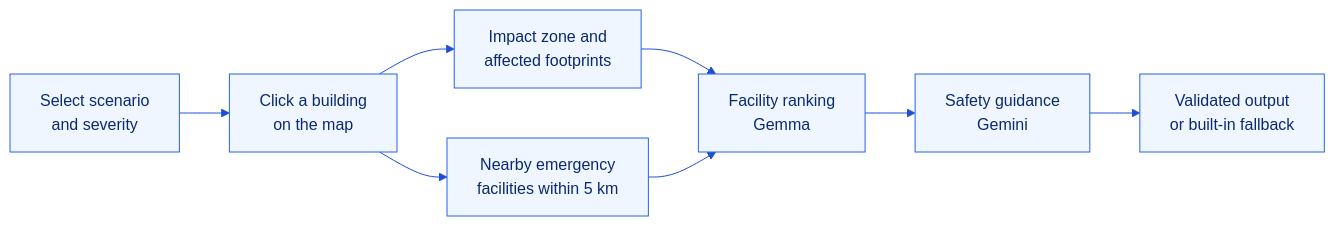
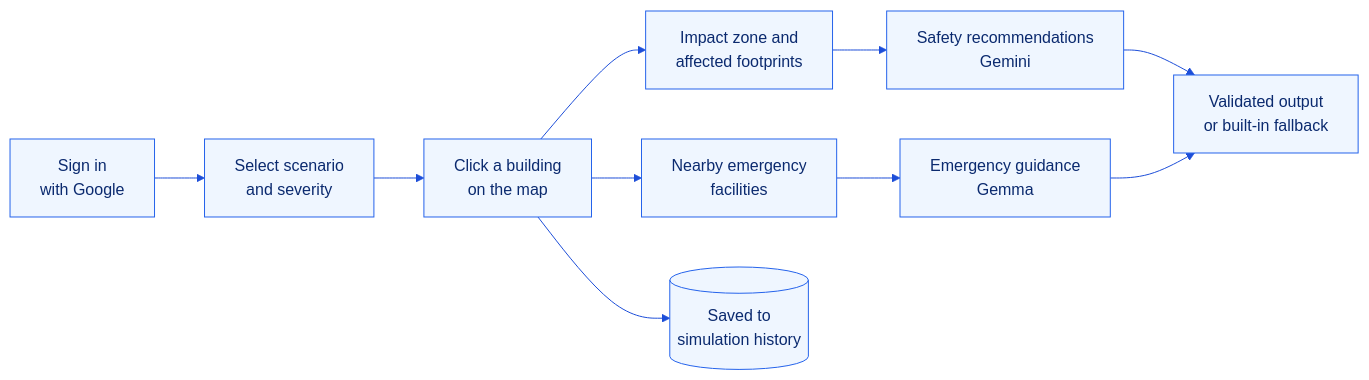
One commit to holyarsenic/Chandigarh-SafeSim changed the first of 2 diagrams in README.md. Above: the diagram before and after it, drawn with Mermaid. The commit also changed other lines of this file, not shown here.

````diff
--- a/README.md
+++ b/README.md
@@ -118,11 +121,13 @@
 ```mermaid
 %%{init: {'theme':'base','themeVariables':{'primaryColor':'#EFF6FF','primaryTextColor':'#0B2A6F','primaryBorderColor':'#2563EB','lineColor':'#1D4ED8','fontFamily':'Segoe UI, Helvetica, Arial'}}}%%
 flowchart LR
-    A[Select scenario<br/>and severity] --> B[Click a building<br/>on the map]
-    B --> C[Impact zone and<br/>affected footprints]
-    B --> D[Nearby emergency<br/>facilities within 5 km]
-    C --> E[Facility ranking<br/>Gemma]
-    D --> E
-    E --> F[Safety guidance<br/>Gemini]
-    F --> G[Validated output<br/>or built-in fallback]
+    A[Sign in<br/>with Google] --> B[Select scenario<br/>and severity]
+    B --> C[Click a building<br/>on the map]
+    C --> D[Impact zone and<br/>affected footprints]
+    C --> E[Nearby emergency<br/>facilities]
+    C --> H[(Saved to<br/>simulation history)]
+    D --> F[Safety recommendations<br/>Gemini]
+    E --> G[Emergency guidance<br/>Gemma]
+    F --> I[Validated output<br/>or built-in fallback]
+    G --> I
 ```
````
